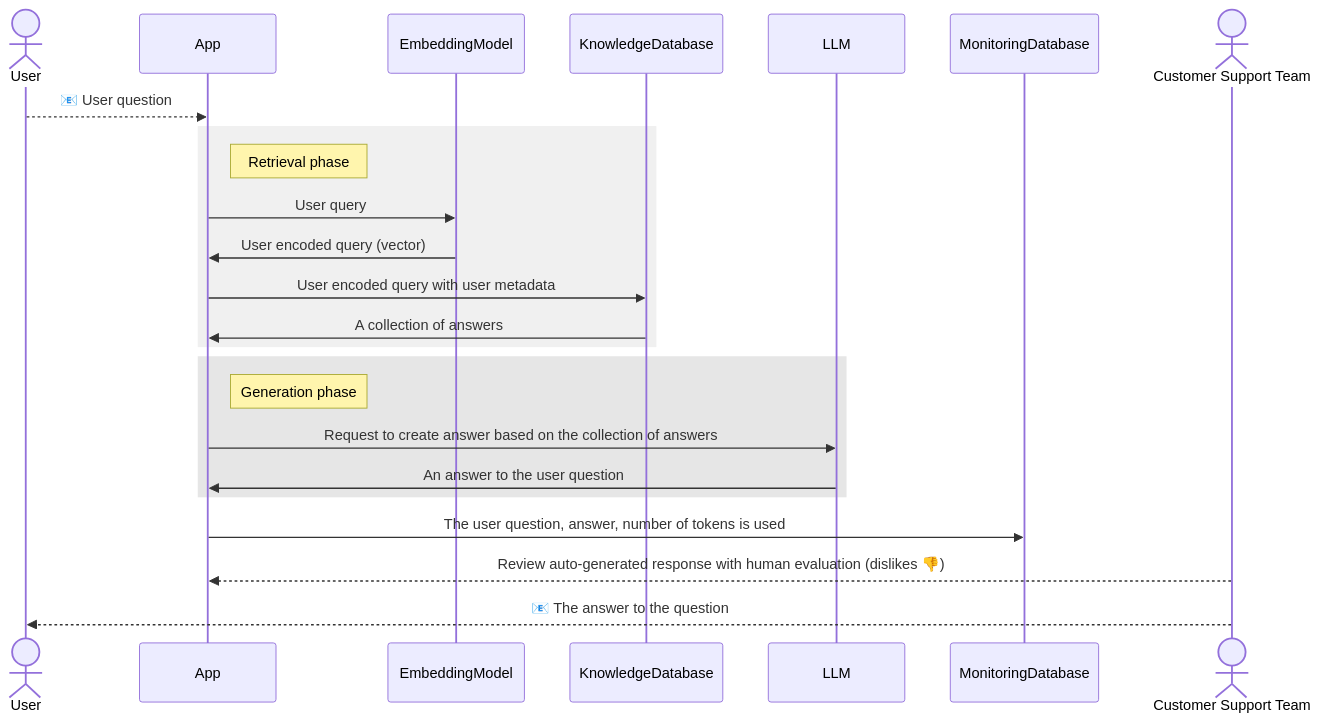
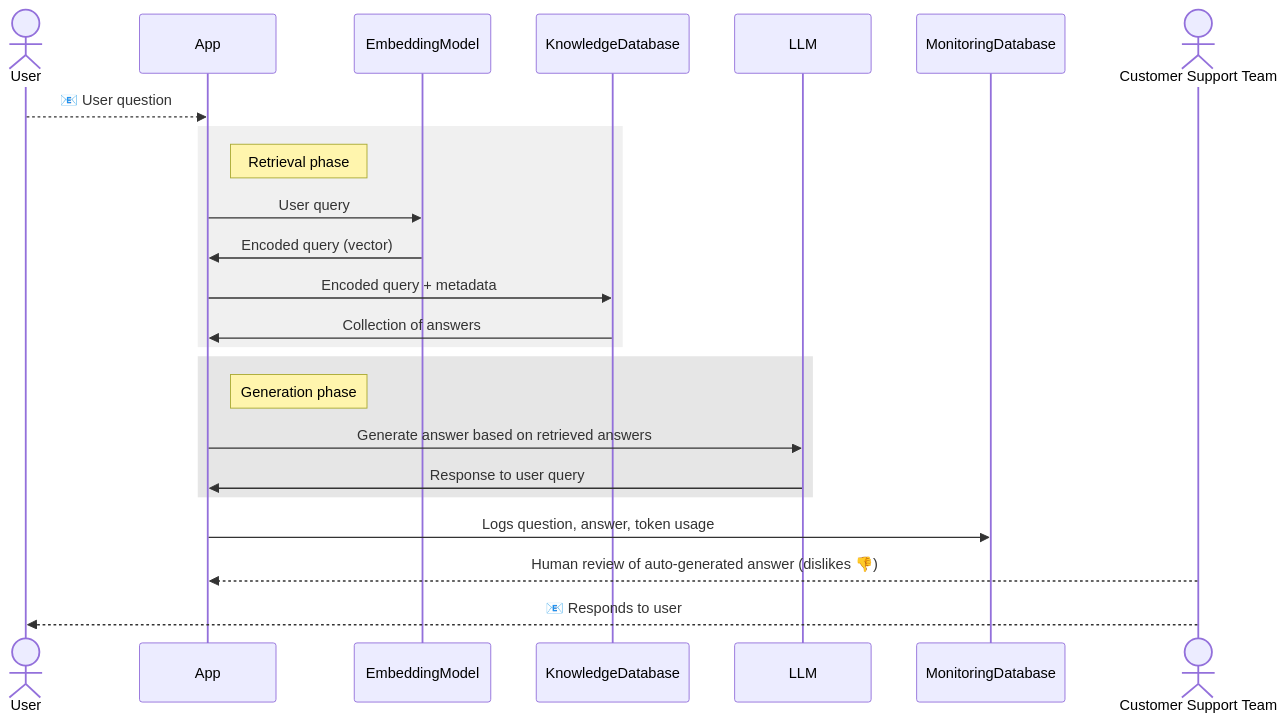
Before and after one commit to ArkadiyShuvaev/llm-zoomcamp-smart-mail: the first of 2 diagrams in readme.md, drawn with Mermaid. The commit also changed other lines of this file, not shown here.

````diff
--- a/readme.md
+++ b/readme.md
@@ -41,22 +40,22 @@
-    ```mermaid
-    sequenceDiagram
-        actor User
-        User-->>App: 📧 User question
-        rect rgb(240, 240, 240)
-        note right of App: Retrieval phase
-        App->>EmbeddingModel: User query
-        EmbeddingModel->>App: User encoded query (vector)
-        App->>KnowledgeDatabase: User encoded query with user metadata
-        KnowledgeDatabase->>App: A collection of answers
-        end
-        rect rgb(230, 230, 230)
-        note right of App: Generation phase
-        App->>LLM: Request to create answer based on the collection of answers
-        LLM->>App: An answer to the user question
-        end
-        App->>MonitoringDatabase: The user question, answer, number of tokens is used
-        actor CustomerSupportTeam as Customer Support Team
+```mermaid
+sequenceDiagram
+    actor User
+    User-->>App: 📧 User question
+    rect rgb(240, 240, 240)
+    note right of App: Retrieval phase
+    App->>EmbeddingModel: User query
+    EmbeddingModel->>App: Encoded query (vector)
+    App->>KnowledgeDatabase: Encoded query + metadata
+    KnowledgeDatabase->>App: Collection of answers
+    end
+    rect rgb(230, 230, 230)
+    note right of App: Generation phase
+    App->>LLM: Generate answer based on retrieved answers
+    LLM->>App: Response to user query
+    end
+    App->>MonitoringDatabase: Logs question, answer, token usage
+    actor CustomerSupportTeam as Customer Support Team
 
-        CustomerSupportTeam-->>App: Review auto-generated response with human evaluation (dislikes 👎)
-        CustomerSupportTeam-->>User: 📧 The answer to the question
-    ```
+    CustomerSupportTeam-->>App: Human review of auto-generated answer (dislikes 👎)
+    CustomerSupportTeam-->>User: 📧 Responds to user
+```
````
